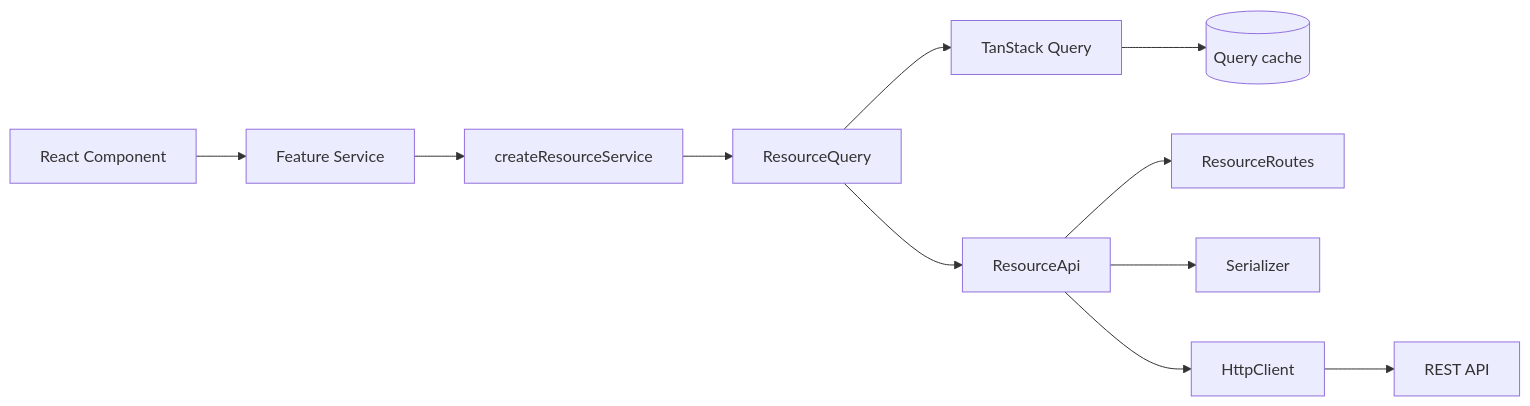
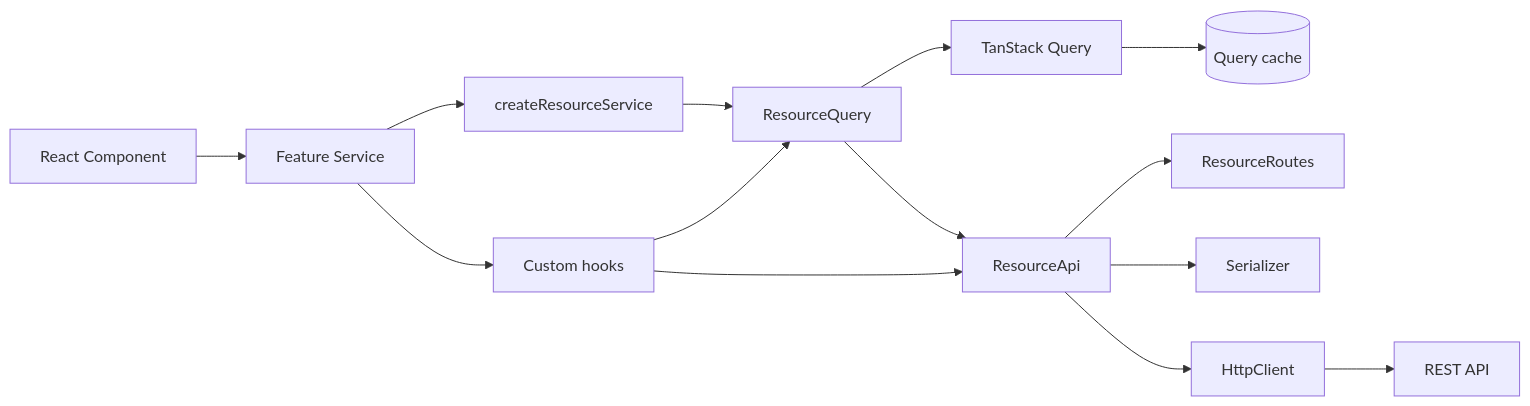
One commit to olivierHuvelle/front-template changed the first of 5 diagrams in README.md. Above: the diagram before and after it, drawn with Mermaid. The commit also changed other lines of this file and 9 other files, not shown here.

````diff
--- a/README.md
+++ b/README.md
@@ -17,13 +23,16 @@
 ```mermaid
 flowchart LR
     UI[React Component] --> S[Feature Service]
     S --> RS[createResourceService]
+    S --> Custom[Custom hooks]
     RS --> Q[ResourceQuery]
+    Custom --> Q
+    Custom --> API
     Q --> TQ[TanStack Query]
     Q --> API[ResourceApi]
     TQ --> Cache[(Query cache)]
     API --> Routes[ResourceRoutes]
     API --> Serializer
     API --> HTTP[HttpClient]
     HTTP --> Backend[REST API]
 ```
````
